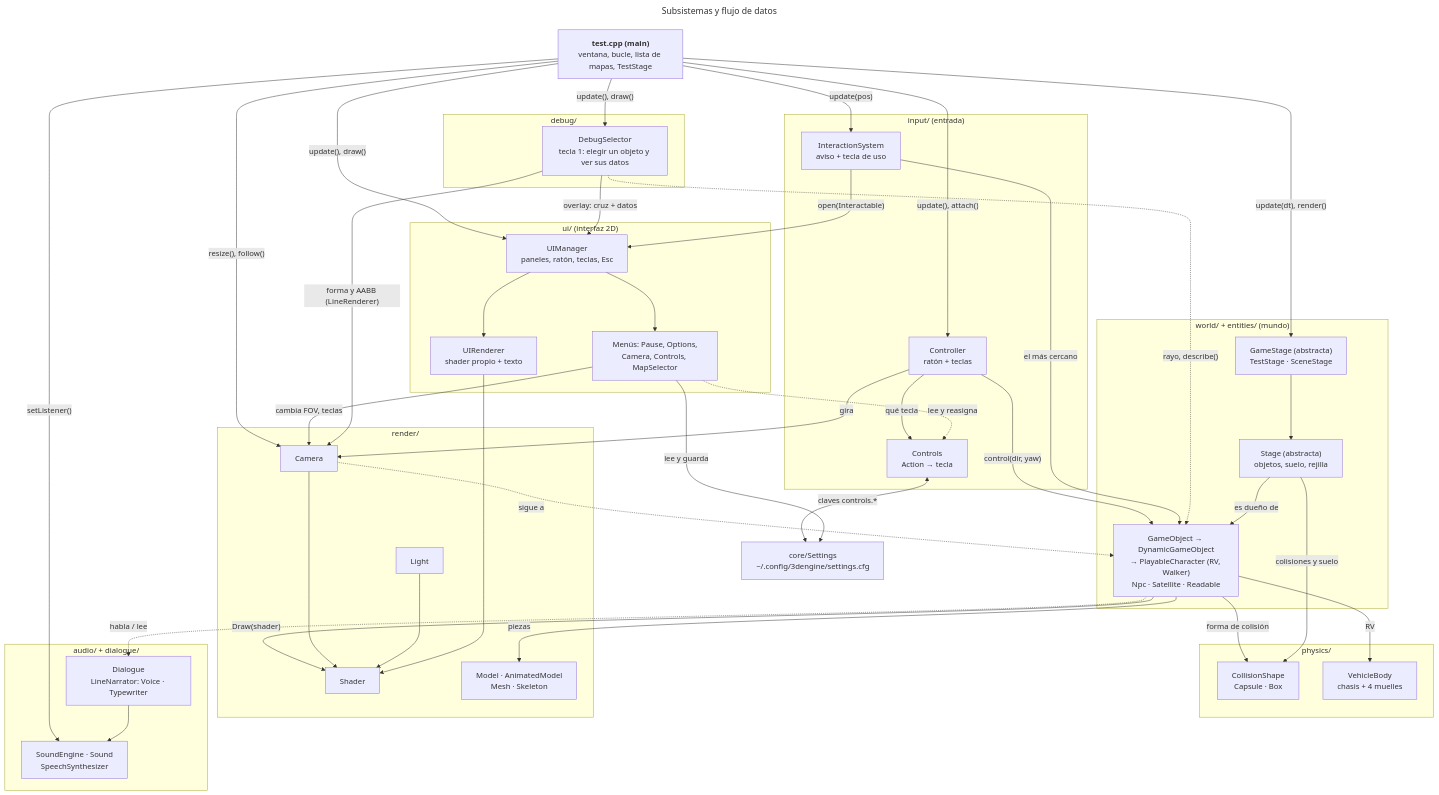
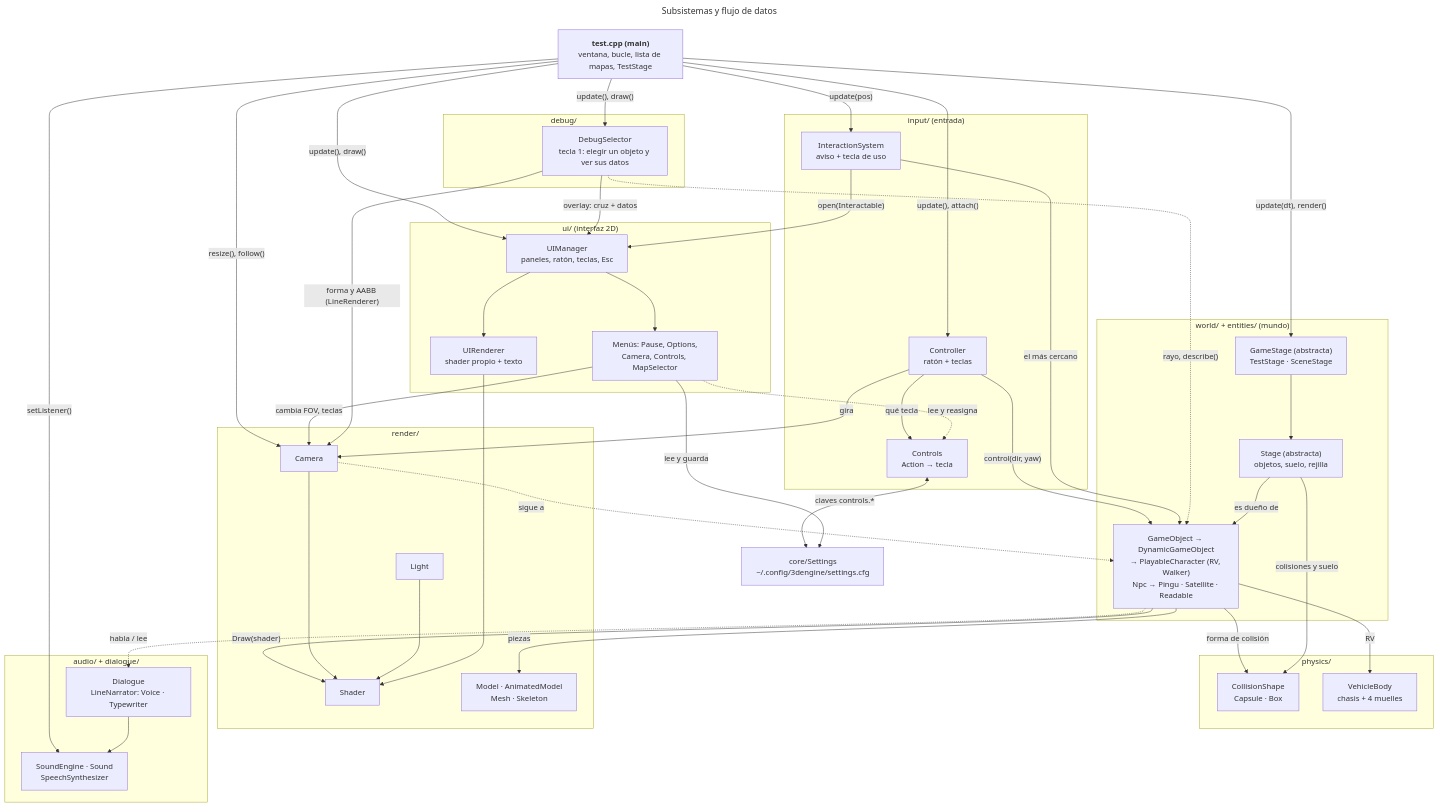
Before and after one commit to Joselitus/3Dengine: the first of 11 diagrams in docs/UML.md, drawn with Mermaid. The commit also changed other lines of this file and 84 other files, not shown here.

```diff
--- a/docs/UML.md
+++ b/docs/UML.md
@@ -71,7 +71,7 @@
     subgraph mundo ["world/ + entities/ (mundo)"]
         GameStage["GameStage (abstracta)<br/>TestStage · SceneStage"]
         Stage["Stage (abstracta)<br/>objetos, suelo, rejilla"]
-        Objetos["GameObject → DynamicGameObject<br/>→ PlayableCharacter (RV, Walker)<br/>Npc · Satellite · Readable"]
+        Objetos["GameObject → DynamicGameObject<br/>→ PlayableCharacter (RV, Walker)<br/>Npc → Pingu · Satellite · Readable"]
     end
 
     subgraph fisica ["physics/"]
```
